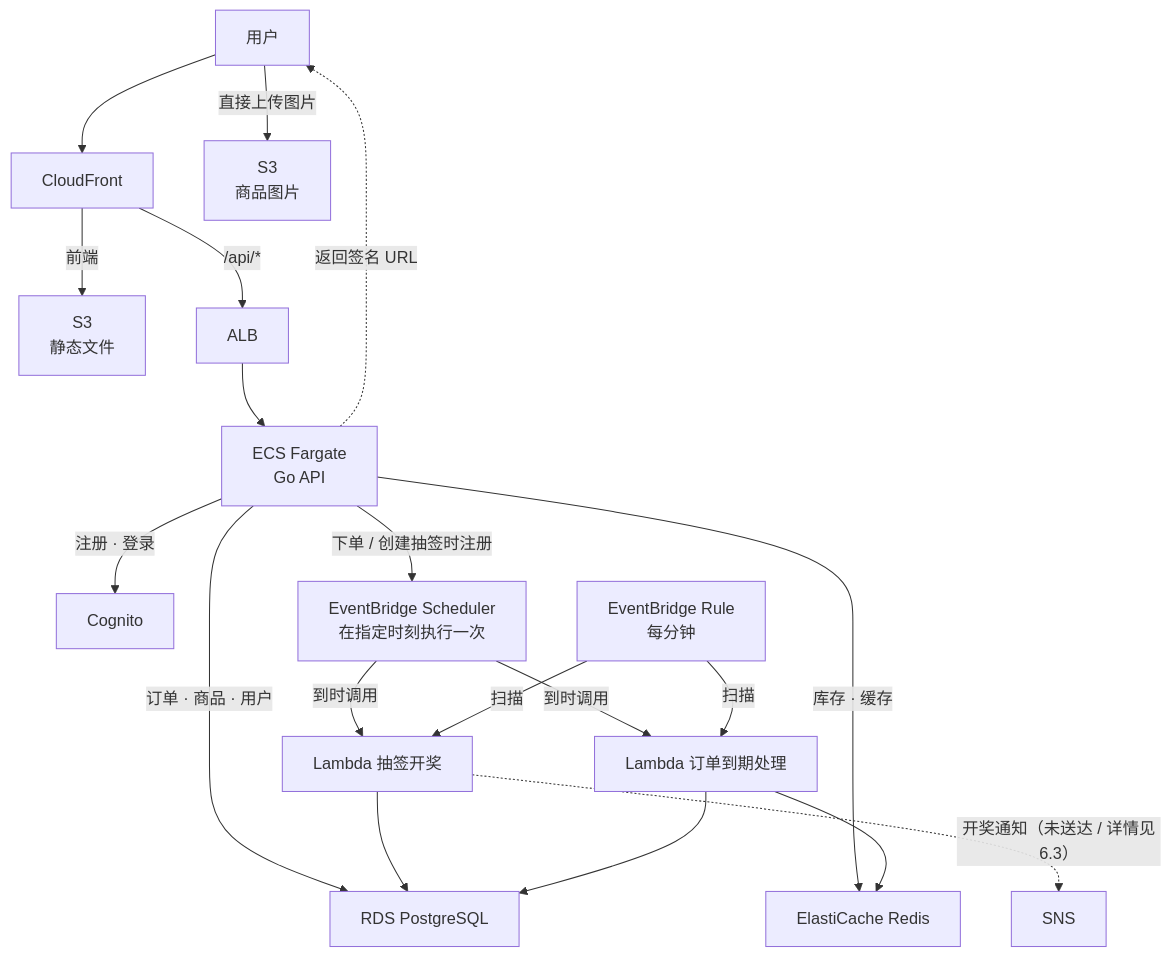
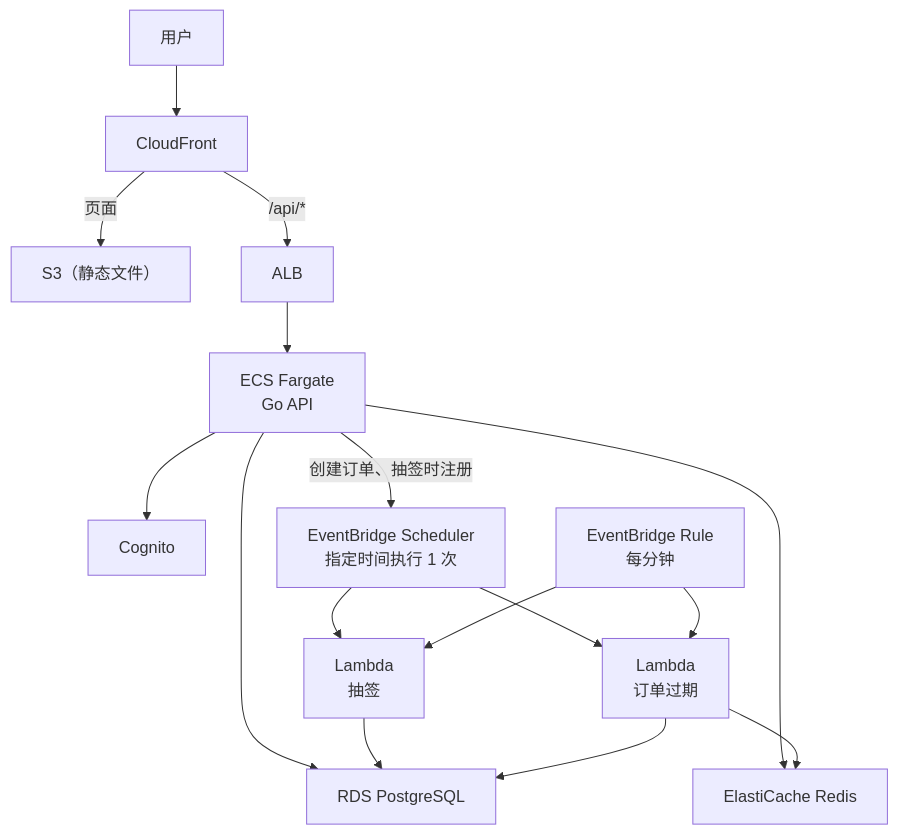
The diagram in README_zh.md (jessehub777/flashbuy), drawn with Mermaid before and after one commit. The commit also changed other lines of this file and 1 other file, not shown here.

````diff
--- a/README_zh.md
+++ b/README_zh.md
@@ -45,21 +39,18 @@
 ```mermaid
 flowchart TB
   U["用户"] --> CF["CloudFront"]
-  CF -->|前端| S3F["S3<br/>静态文件"]
+  CF -->|"页面"| S3F["S3（静态文件）"]
   CF -->|"/api/*"| ALB["ALB"]
   ALB --> ECS["ECS Fargate<br/>Go API"]
-  ECS -->|"订单 · 商品 · 用户"| RDS["RDS PostgreSQL"]
-  ECS -->|"库存 · 缓存"| RD["ElastiCache Redis"]
-  ECS -->|"注册 · 登录"| COG["Cognito"]
-  ECS -.->|"返回签名 URL"| U
-  U -->|"直接上传图片"| S3I["S3<br/>商品图片"]
-  ECS -->|"下单 / 创建抽签时注册"| SCH["EventBridge Scheduler<br/>在指定时刻执行一次"]
-  SCH -->|到时调用| L1["Lambda 抽签开奖"]
-  SCH -->|到时调用| L2["Lambda 订单到期处理"]
-  RULE["EventBridge Rule<br/>每分钟"] -->|扫描| L1
-  RULE -->|扫描| L2
+  ECS --> RDS["RDS PostgreSQL"]
+  ECS --> RD["ElastiCache Redis"]
+  ECS --> COG["Cognito"]
+  ECS -->|"创建订单、抽签时注册"| SCH["EventBridge Scheduler<br/>指定时间执行 1 次"]
+  SCH --> L1["Lambda<br/>抽签"]
+  SCH --> L2["Lambda<br/>订单过期"]
+  RULE["EventBridge Rule<br/>每分钟"] --> L1
+  RULE --> L2
   L1 --> RDS
-  L1 -.->|"开奖通知（未送达 / 详情见6.3）"| SNS["SNS"]
   L2 --> RDS
   L2 --> RD
 ```
````
